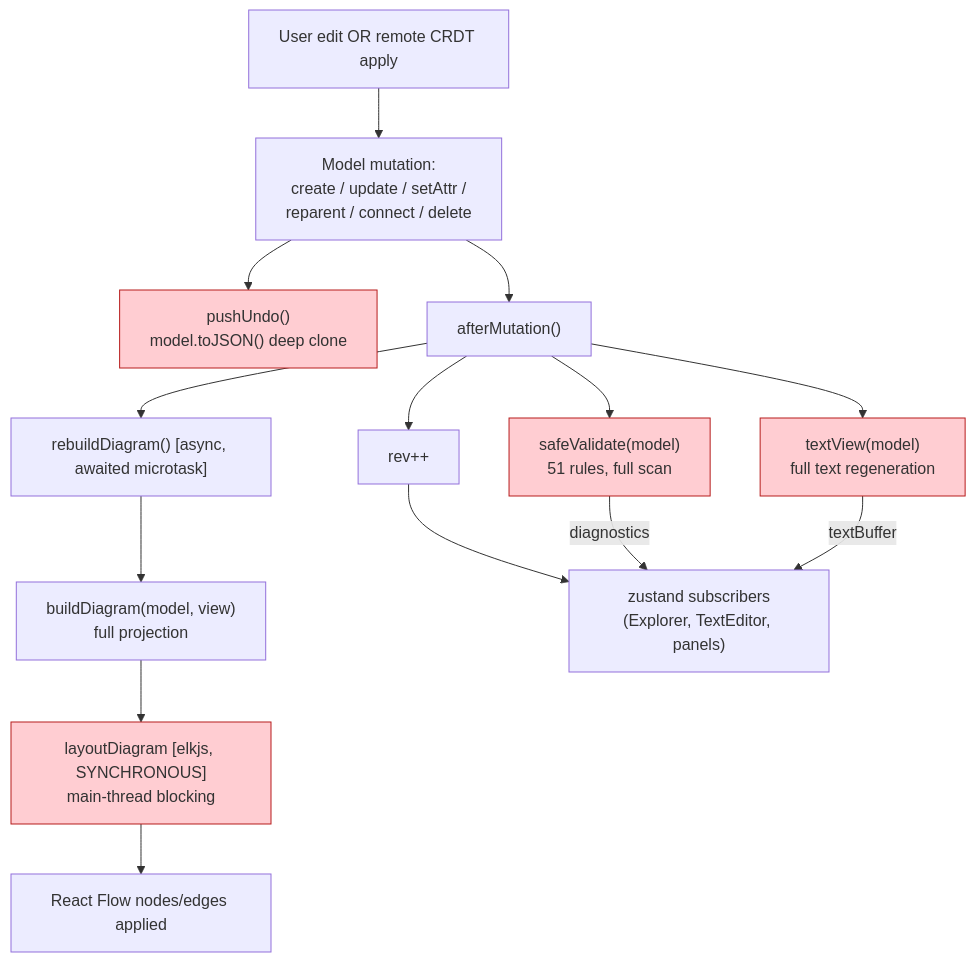
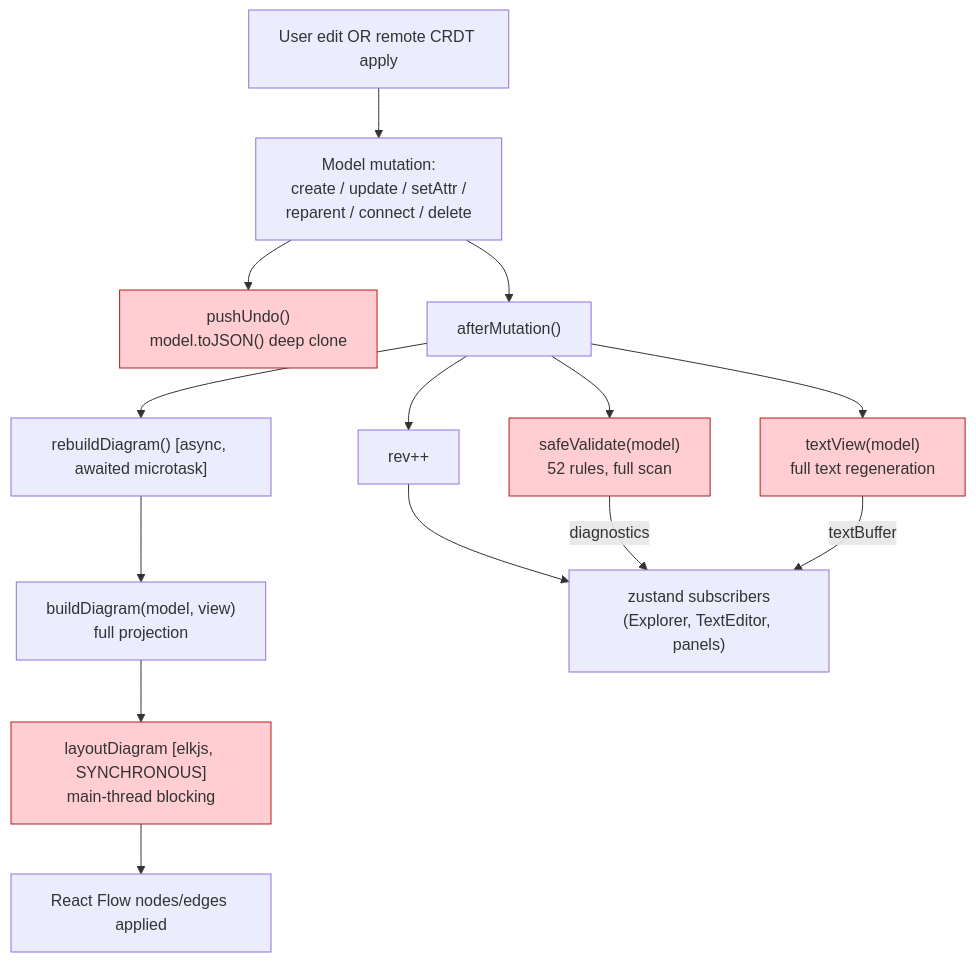
Before and after one commit to cosmindxu/sysprose: the third of 7 diagrams in docs/architecture/05-data-flow.md, drawn with Mermaid. The commit also changed 15 other files, not shown here.

````diff
--- a/docs/architecture/05-data-flow.md
+++ b/docs/architecture/05-data-flow.md
@@ -98,32 +98,32 @@
 ```mermaid
 flowchart TB
     trigger["User edit OR remote CRDT apply"]
     op["Model mutation:\ncreate / update / setAttr /\nreparent / connect / delete"]
     pushUndo["pushUndo()\nmodel.toJSON() deep clone"]
     afterMut["afterMutation()"]
-    validate["safeValidate(model)\n51 rules, full scan"]
+    validate["safeValidate(model)\n52 rules, full scan"]
     serialize["textView(model)\nfull text regeneration"]
     bump["rev++"]
     rebuild["rebuildDiagram() [async, awaited microtask]"]
     build["buildDiagram(model, view)\nfull projection"]
     layout["layoutDiagram [elkjs, SYNCHRONOUS]\nmain-thread blocking"]
     apply["React Flow nodes/edges applied"]
     listeners[" zustand subscribers\n(Explorer, TextEditor, panels)"]
 
     trigger --> op
     op --> pushUndo
     op --> afterMut
     afterMut --> validate
     afterMut --> serialize
     afterMut --> bump
     afterMut --> rebuild
     rebuild --> build
     build --> layout
     layout --> apply
     bump --> listeners
     validate -->|diagnostics| listeners
     serialize -->|textBuffer| listeners
 
     classDef hot fill:#ffcdd2,stroke:#b71c1c
     class validate,serialize,layout,pushUndo hot
 ```
````
